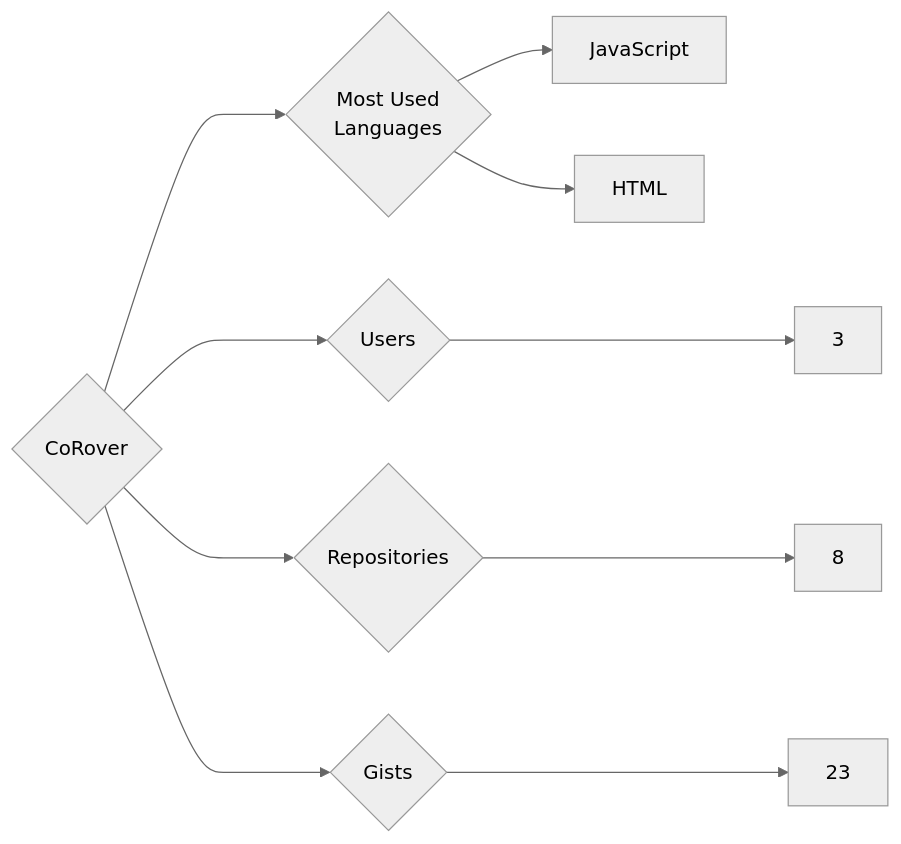
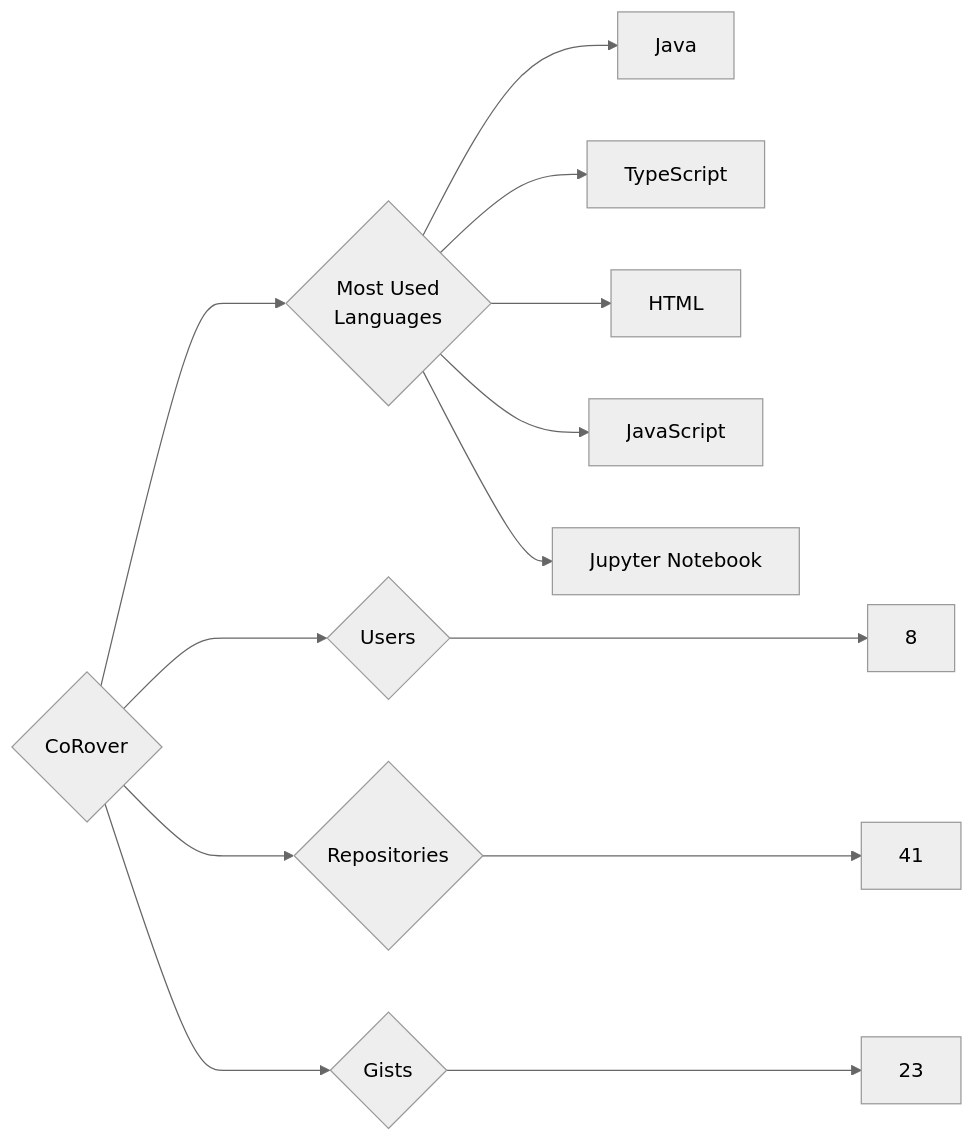
The diagram in targets/CoRover/README.md (trickest/insiders), drawn with Mermaid (neutral theme) before and after one commit. The commit also changed 614 other files, not shown here.

````diff
--- a/targets/CoRover/README.md
+++ b/targets/CoRover/README.md
@@ -3,10 +3,13 @@
 ```mermaid
 graph LR
 COMPANY_NAME{CoRover}
-COMPANY_NAME ---> U{Users} ---> UN[3]
-COMPANY_NAME ---> R{Repositories} ---> RN[8]
+COMPANY_NAME ---> U{Users} ---> UN[8]
+COMPANY_NAME ---> R{Repositories} ---> RN[41]
 COMPANY_NAME ---> G{Gists} ---> GN[23]
 COMPANY_NAME ---> ML{Most Used<br>Languages}
+ML --> Java[Java]
+ML --> TypeScript[TypeScript]
+ML --> HTML[HTML]
 ML --> JavaScript[JavaScript]
-ML --> HTML[HTML]
+ML --> Jupyter_Notebook[Jupyter Notebook]
 ```
````
